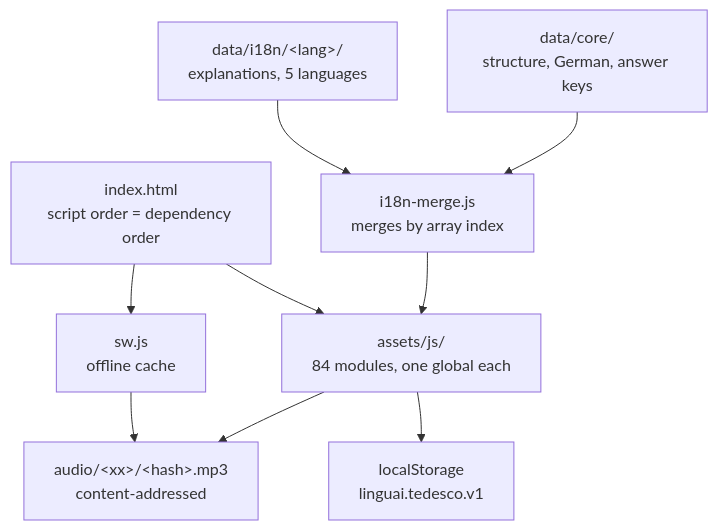
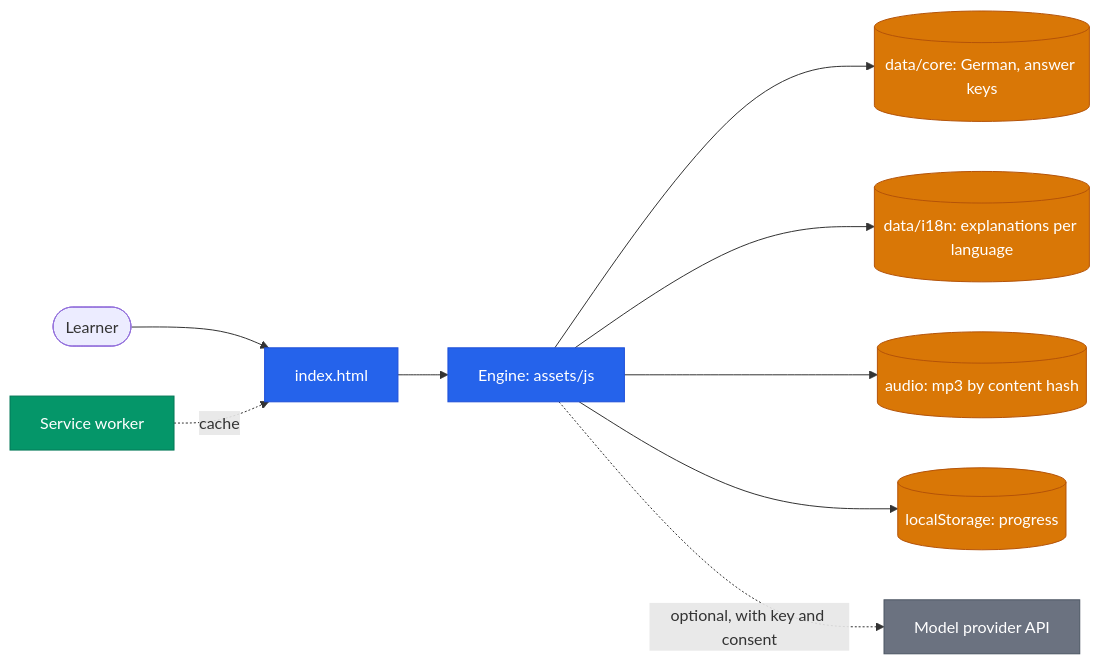
The diagram in README.md (AndreaBonn/lerne-deutsch), drawn with Mermaid before and after one commit. The commit also changed other lines of this file and 27 other files, not shown here.

````diff
--- a/README.md
+++ b/README.md
@@ -83,20 +74,21 @@
 ```mermaid
-flowchart TD
-  html["index.html<br/>script order = dependency order"]
-  core["data/core/<br/>structure, German, answer keys"]
-  i18n["data/i18n/&lt;lang&gt;/<br/>explanations, 5 languages"]
-  merge["i18n-merge.js<br/>merges by array index"]
-  engine["assets/js/<br/>84 modules, one global each"]
-  store["localStorage<br/>linguai.tedesco.v1"]
-  audio["audio/&lt;xx&gt;/&lt;hash&gt;.mp3<br/>content-addressed"]
-  sw["sw.js<br/>offline cache"]
+%%{init: {'theme': 'default'}}%%
+flowchart LR
+    learner([Learner]) --> page["index.html"]
+    page --> engine["Engine: assets/js"]
+    engine --> core_data[("data/core: German, answer keys")]
+    engine --> overlay[("data/i18n: explanations per language")]
+    engine --> audio[("audio: mp3 by content hash")]
+    engine --> storage[("localStorage: progress")]
+    sw["Service worker"] -.->|cache| page
+    engine -.->|optional, with key and consent| llm["Model provider API"]
 
-  html --> engine
-  core --> merge
-  i18n --> merge
-  merge --> engine
-  engine --> store
-  engine --> audio
-  html --> sw
-  sw --> audio
+    classDef core fill:#2563eb,stroke:#1d4ed8,color:#fff
+    classDef data fill:#d97706,stroke:#b45309,color:#fff
+    classDef ext fill:#6b7280,stroke:#4b5563,color:#fff
+    classDef engine fill:#059669,stroke:#047857,color:#fff
+    class page,engine core
+    class core_data,overlay,audio,storage data
+    class llm ext
+    class sw engine
 ```
````
